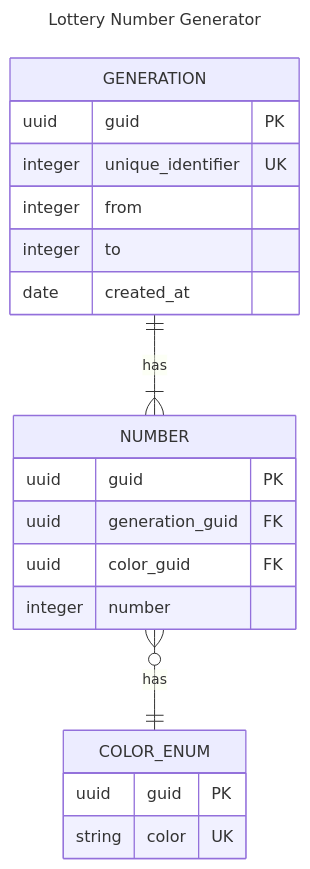
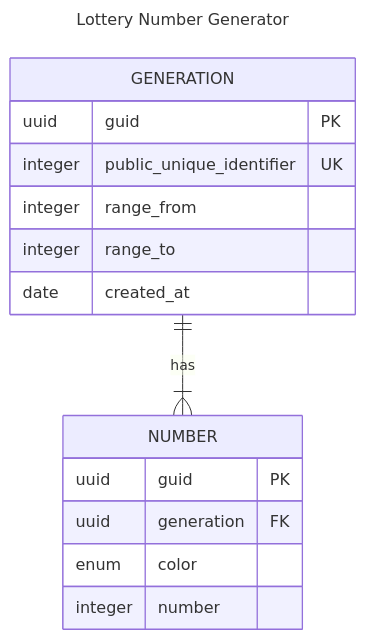
One commit to LucasKodex/lottery-ticket-app changed the diagram in docs/Entity Relationship Diagram.md. Above: the diagram before and after it, drawn with Mermaid. The commit also changed other lines of this file, not shown here.

Commit message:
docs: improves entity relationship diagram semantics

````diff
--- a/docs/Entity Relationship Diagram.md
+++ b/docs/Entity Relationship Diagram.md
@@ -3,28 +3,22 @@
 ```mermaid
 ---
 title: Lottery Number Generator
 ---
 erDiagram
     GENERATION {
         uuid guid PK
-        integer unique_identifier UK
-        integer from
-        integer to
+        integer public_unique_identifier UK
+        integer range_from
+        integer range_to
         date created_at
     }
 
     NUMBER {
         uuid guid PK
-        uuid generation_guid FK
-        uuid color_guid FK
+        uuid generation FK
+        enum color
         integer number
     }
 
-    COLOR_ENUM {
-        uuid guid PK
-        string color UK
-    }
-
     GENERATION ||--|{ NUMBER : has
-    NUMBER }o--|| COLOR_ENUM : has
 ```
````
